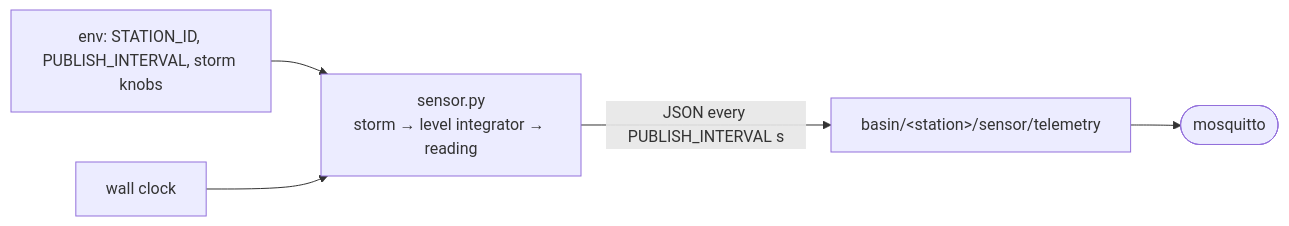
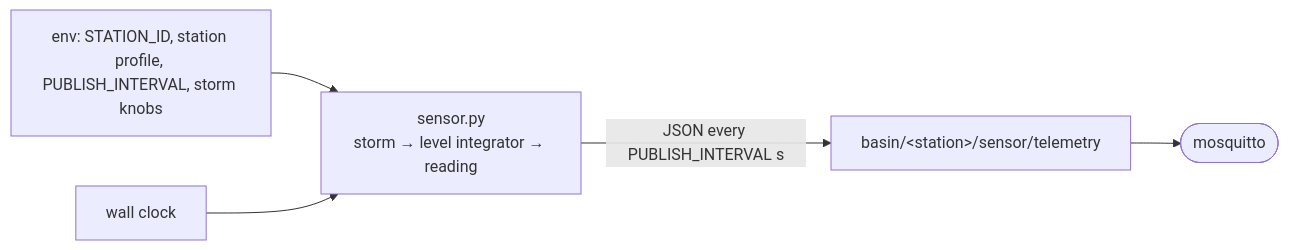
One commit to betty2310/flood-warning-system changed the first of 2 diagrams in sensor/README.md. Above: the diagram before and after it, drawn with Mermaid. The commit also changed other lines of this file and 4 other files, not shown here.

````diff
--- a/sensor/README.md
+++ b/sensor/README.md
@@ -11,7 +11,7 @@
 ```mermaid
 flowchart LR
-    ENV["env: STATION_ID, PUBLISH_INTERVAL, storm knobs"] --> SIM
+    ENV["env: STATION_ID, station profile, PUBLISH_INTERVAL, storm knobs"] --> SIM
     CLK["wall clock"] --> SIM["sensor.py<br/>storm → level integrator → reading"]
     SIM -->|"JSON every PUBLISH_INTERVAL s"| T["basin/&lt;station&gt;/sensor/telemetry"]
     T --> M(["mosquitto"])
 ```
````
